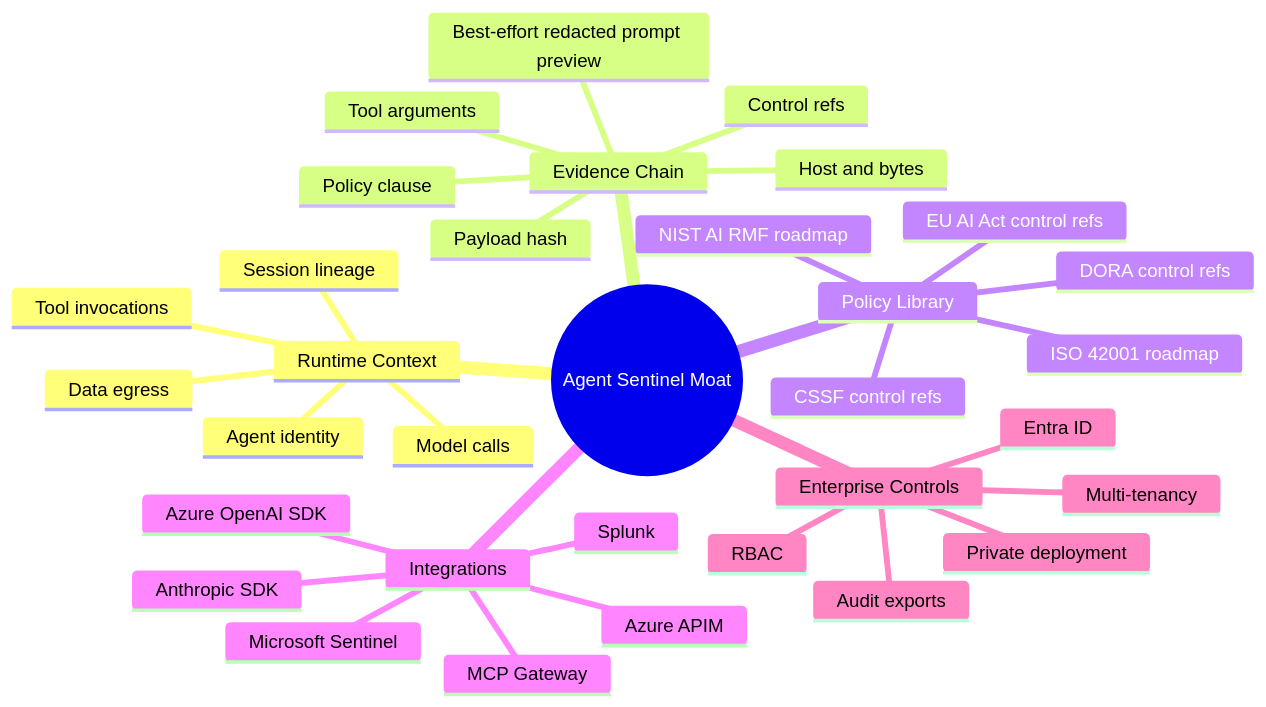
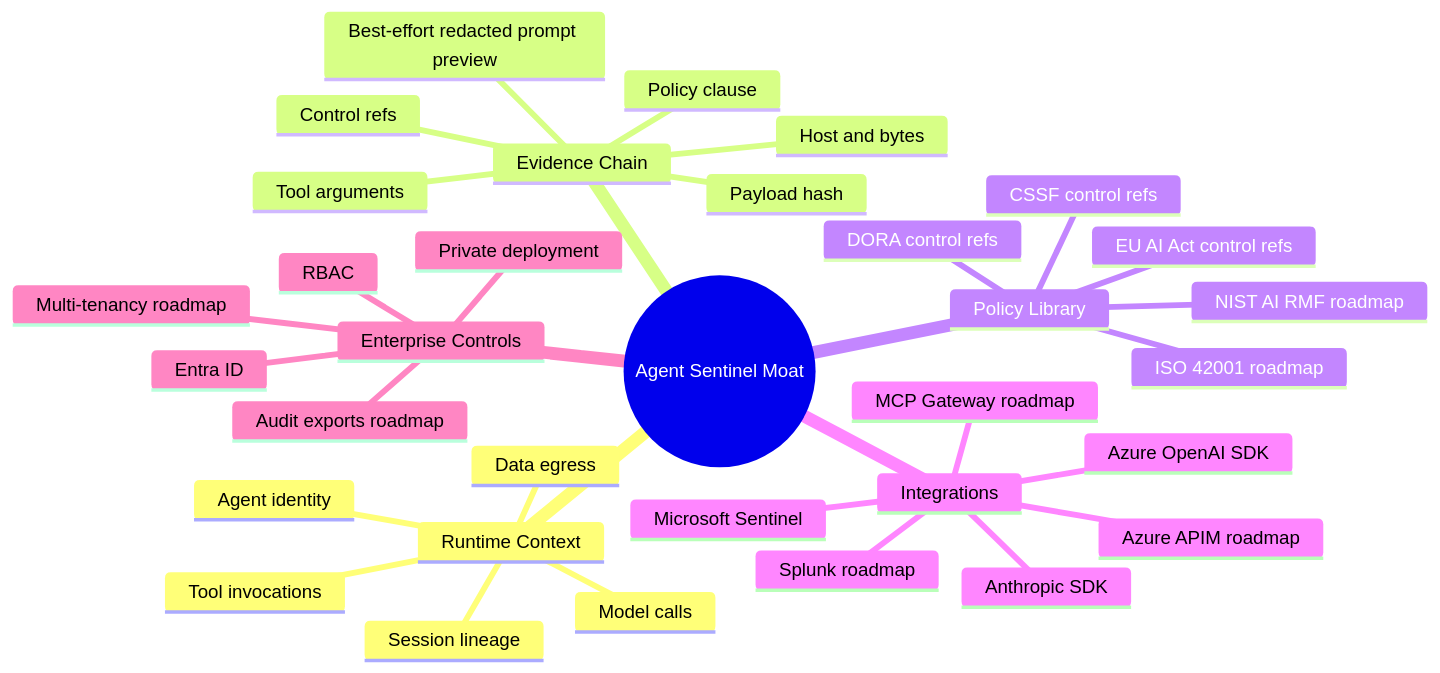
Before and after one commit to anandnarayanan2017/anandnarayanan-blog: the second of 2 diagrams in agent-sentinel/docs/blog/technical-details/05-feeding-the-soc-and-what-comes-next.md, drawn with Mermaid. The commit also changed 2 other files, not shown here.

Commit message:
Agent Sentinel diagrams: fix Part 2 render error, Part 4 audit arrow, Part 5 roadmap labels
- Part 2 sequence diagram: a ";" inside message text ends the statement in
  Mermaid, so the diagram failed to render (on GitHub too).
- Part 4 container diagram: audit entries went to DuckDB, but the text and
  the code say DuckDB keeps no audit trail (501). Events and findings now go
  from the API to either store; the audit trail goes to PostgreSQL only.
- Part 5 mindmap: Azure APIM, MCP Gateway, Splunk, multi-tenancy and audit
  exports are not built; mark them "roadmap", as NIST AI RMF and ISO 42001
  already were.

````diff
--- a/agent-sentinel/docs/blog/technical-details/05-feeding-the-soc-and-what-comes-next.md
+++ b/agent-sentinel/docs/blog/technical-details/05-feeding-the-soc-and-what-comes-next.md
@@ -206,36 +206,36 @@
 ```mermaid
 mindmap
   root((Agent Sentinel Moat))
     Runtime Context
       Agent identity
       Model calls
       Tool invocations
       Data egress
       Session lineage
     Evidence Chain
       Best-effort redacted prompt preview
       Tool arguments
       Host and bytes
       Policy clause
       Control refs
       Payload hash
     Policy Library
       DORA control refs
       EU AI Act control refs
       CSSF control refs
       NIST AI RMF roadmap
       ISO 42001 roadmap
     Integrations
       Azure OpenAI SDK
       Anthropic SDK
-      Azure APIM
-      MCP Gateway
+      Azure APIM roadmap
+      MCP Gateway roadmap
       Microsoft Sentinel
-      Splunk
+      Splunk roadmap
     Enterprise Controls
       Entra ID
       RBAC
-      Multi-tenancy
-      Audit exports
+      Multi-tenancy roadmap
+      Audit exports roadmap
       Private deployment
 ```
````
